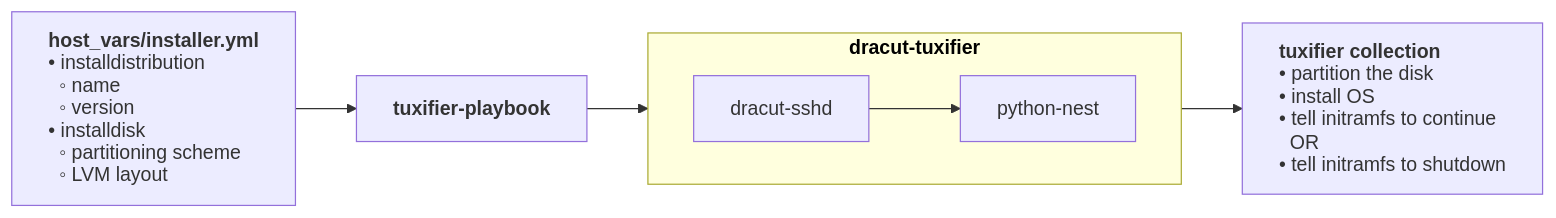
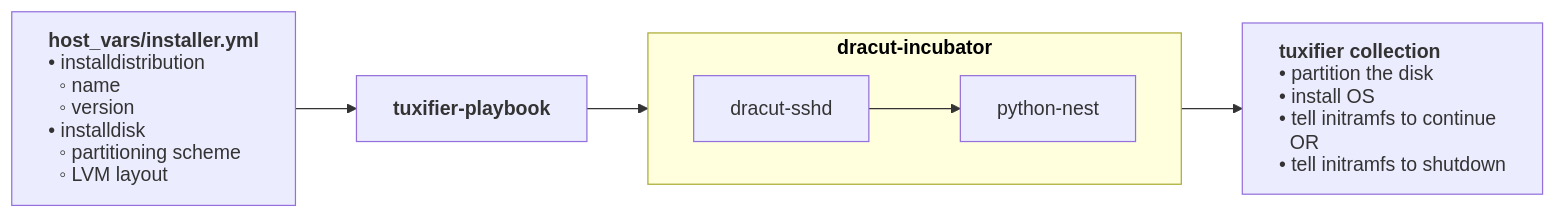
Before and after one commit to Geertsky/tuxifier-playbook: the diagram in README.md, drawn with Mermaid. The commit also changed 1 other file, not shown here.

Commit message:
Scope: naming|Rename dracut-tuxifier -> dracut-incubator

````diff
--- a/README.md
+++ b/README.md
@@ -9,23 +9,23 @@
 ```mermaid
 flowchart LR
 HOSTVARS["<div style='text-align:left;line-height:1.15'><b>host_vars/installer.yml</b><br/>• installdistribution<br/>&nbsp;&nbsp;◦ name<br/>&nbsp;&nbsp;◦ version<br/>• installdisk<br/>&nbsp;&nbsp;◦ partitioning scheme<br/>&nbsp;&nbsp;◦ LVM layout</div>"]
 
 PLAYBOOK["<b>tuxifier-playbook</b>"]
 
-subgraph DRACUT["<a href='https://github.com/Geertsky/dracut-tuxifier' target='_blank' style='color:black;text-decoration:none;font-weight:bold'>dracut-tuxifier</a>"]
+subgraph DRACUT["<a href='https://github.com/Geertsky/dracut-incubator' target='_blank' style='color:black;text-decoration:none;font-weight:bold'>dracut-incubator</a>"]
 direction LR
 SSHD["dracut-sshd"] --> PYTHON["python-nest"]
 end
 
 COLLECTION["<div style='text-align:left;line-height:1.15'><b>tuxifier collection</b><br/>• partition the disk<br/>• install OS<br/>• tell initramfs to continue<br/>&nbsp;&nbsp;OR<br/>• tell initramfs to shutdown</div>"]
 
 HOSTVARS --> PLAYBOOK
 PLAYBOOK --> SSHD
 PYTHON --> COLLECTION
 
 click HOSTVARS "https://github.com/Geertsky/tuxifier-playbook/tree/main/inventory"
 click PLAYBOOK "https://github.com/Geertsky/tuxifier-playbook"
 click SSHD "https://github.com/gsauthof/dracut-sshd"
 click PYTHON "https://github.com/Geertsky/python-nest"
 click COLLECTION "https://github.com/Geertsky/tuxifier"
 ```
````
